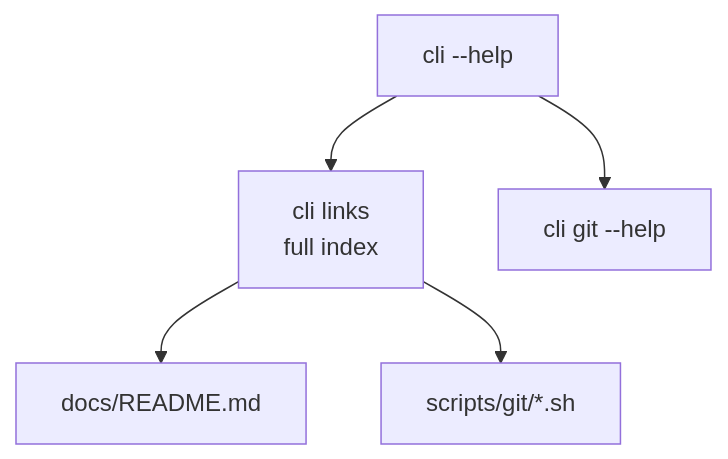
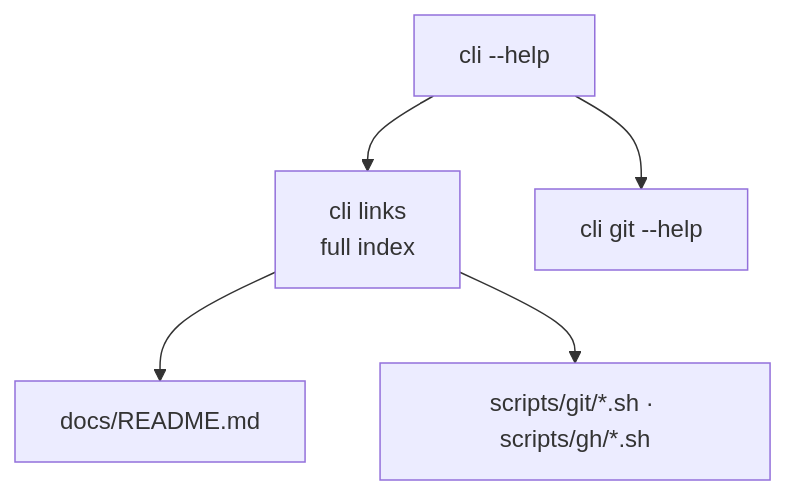
The seventh of 7 diagrams in docs/workflows.md (gardusig/cli), drawn with Mermaid before and after one commit. The commit also changed other lines of this file and 229 other files, not shown here.

````diff
--- a/docs/workflows.md
+++ b/docs/workflows.md
@@ -152,7 +218,7 @@
 ```mermaid
 flowchart TD
     A["cli --help"] --> B["cli links<br/>full index"]
     B --> C["docs/README.md"]
-    B --> D["scripts/git/*.sh"]
+    B --> D["scripts/git/*.sh · scripts/gh/*.sh"]
     A --> F["cli git --help"]
 ```
````
